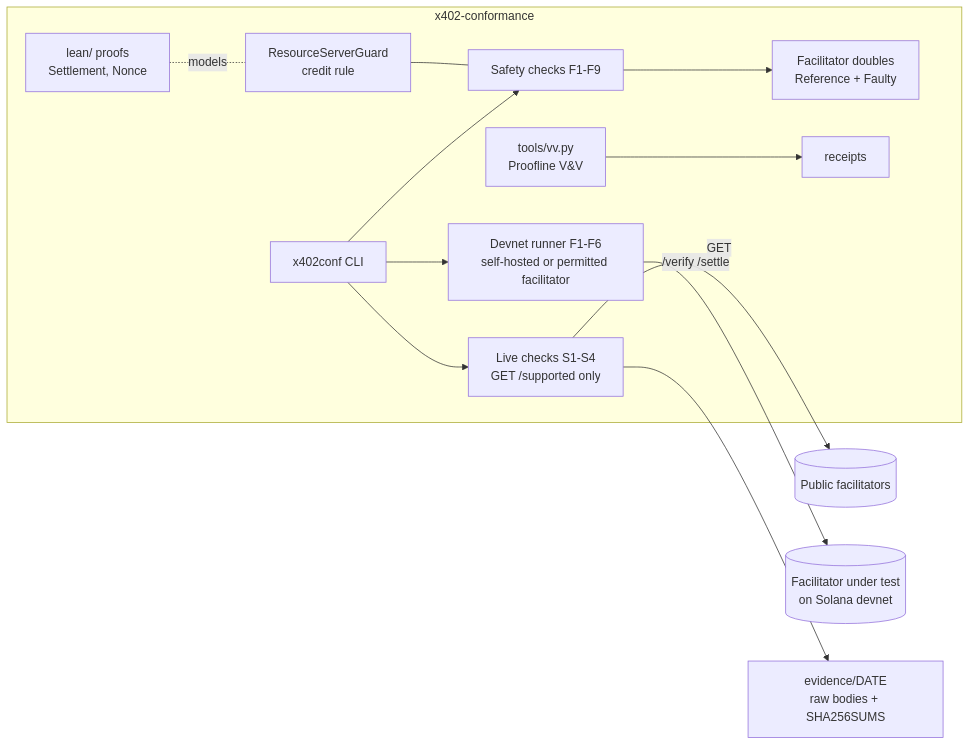
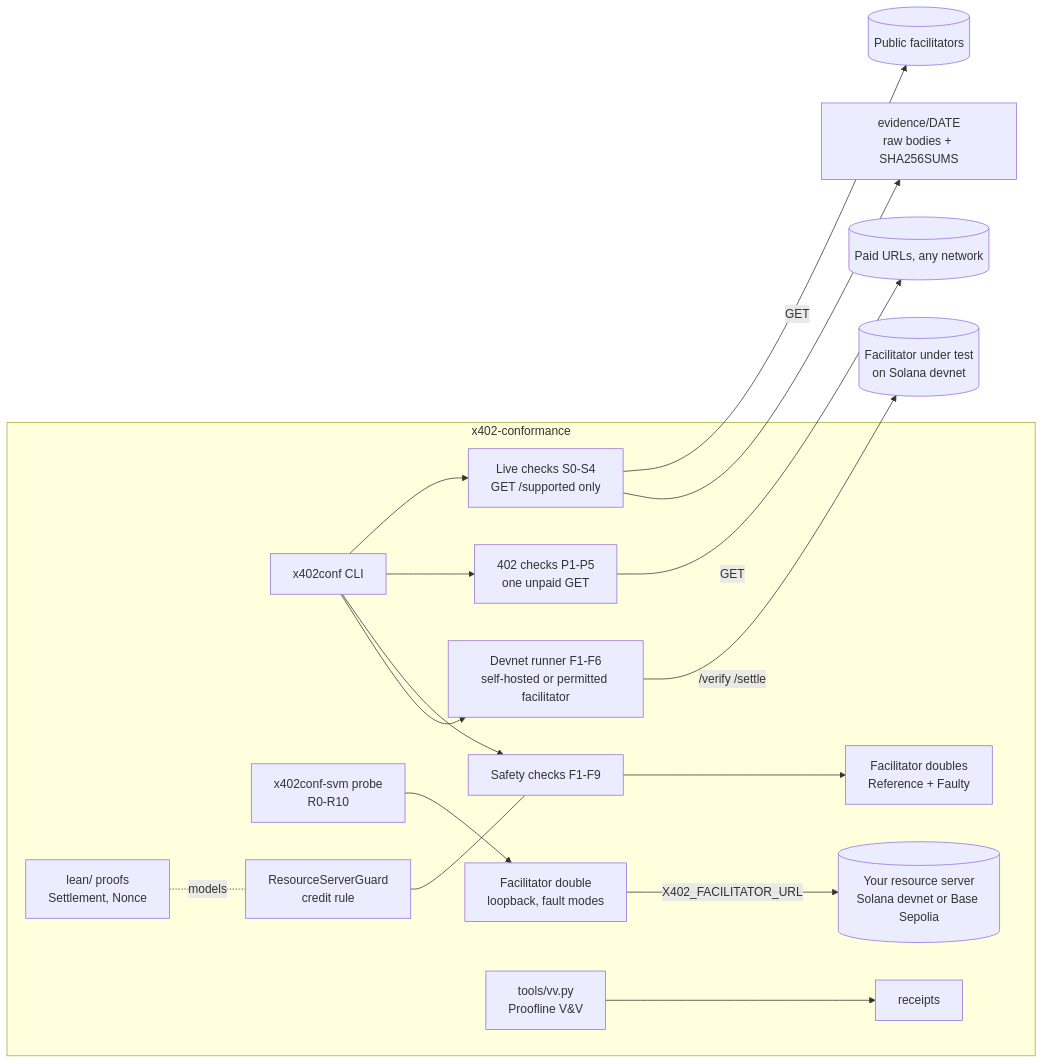
One commit to atsp-protocol/x402-conformance changed the diagram in docs/ARCHITECTURE.md. Above: the diagram before and after it, drawn with Mermaid. The commit also changed other lines of this file and 49 other files, not shown here.

First line of the commit message:
Release 1.3.0: fix the 1.2.1 review findings, add the EVM probe and 402 checks

````diff
--- a/docs/ARCHITECTURE.md
+++ b/docs/ARCHITECTURE.md
@@ -5,15 +5,19 @@
 ```mermaid
 flowchart LR
   subgraph suite[x402-conformance]
-    CLI[x402conf CLI] --> LIVE[Live checks S1-S4<br/>GET /supported only]
+    CLI[x402conf CLI] --> LIVE[Live checks S0-S4<br/>GET /supported only]
+    CLI --> RES[402 checks P1-P5<br/>one unpaid GET]
+    PROBE[x402conf-svm probe<br/>R0-R10] --> DBL[Facilitator double<br/>loopback, fault modes]
+    DBL -->|X402_FACILITATOR_URL| RS[(Your resource server<br/>Solana devnet or Base Sepolia)]
     CLI --> OFF[Safety checks F1-F9]
     OFF --> DOUBLES[Facilitator doubles<br/>Reference + Faulty]
     CLI --> DEVNET[Devnet runner F1-F6<br/>self-hosted or permitted facilitator]
     GUARD[ResourceServerGuard<br/>credit rule] --- OFF
     LEAN[lean/ proofs<br/>Settlement, Nonce] -. models .- GUARD
     VV[tools/vv.py<br/>Proofline V&V] --> RCPT[receipts]
   end
   LIVE -->|GET| PUB[(Public facilitators)]
+  RES -->|GET| PAID[(Paid URLs, any network)]
   DEVNET -->|/verify /settle| OWN[(Facilitator under test<br/>on Solana devnet)]
   LIVE --> EVID[evidence/DATE<br/>raw bodies + SHA256SUMS]
 ```
````
